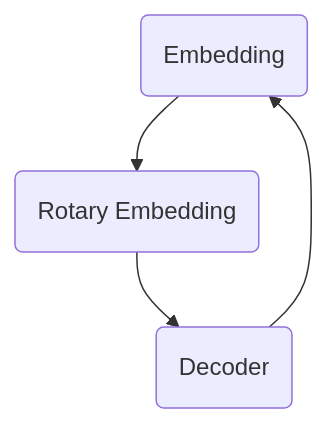
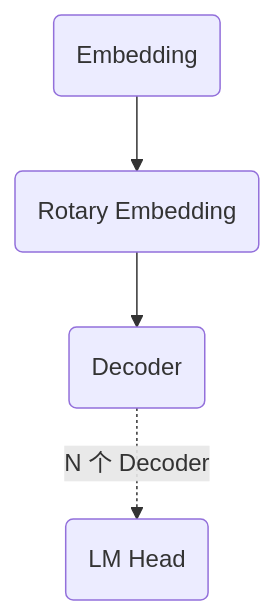
The diagram in 主流大模型/Qwen3/模型结构.md (akai100/Hello-LLM), drawn with Mermaid before and after one commit.

````diff
--- a/主流大模型/Qwen3/模型结构.md
+++ b/主流大模型/Qwen3/模型结构.md
@@ -1,10 +1,11 @@
 ```mermaid
 graph TD;
    A("Embedding")
    B("Rotary Embedding")
    C("Decoder")
+   D("LM Head")
 
-   --> A
    A --> B
    B --> C
+   C -.->|N 个 Decoder|D
 ```
````
